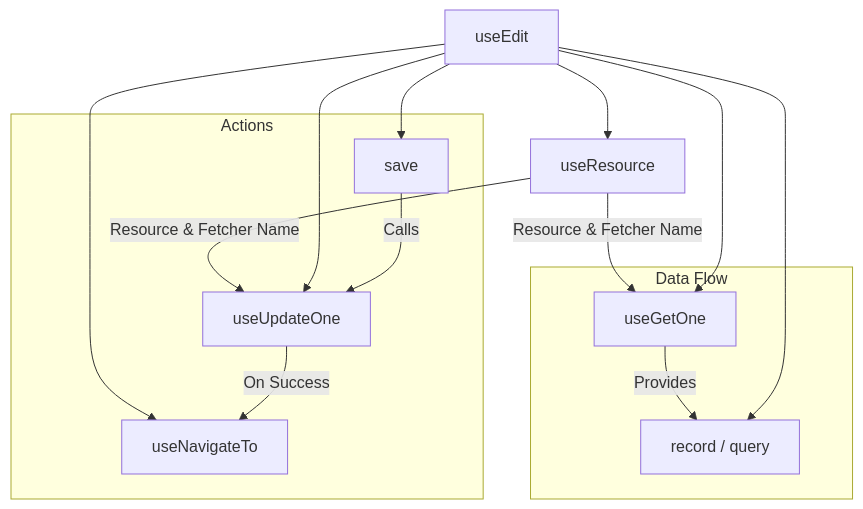
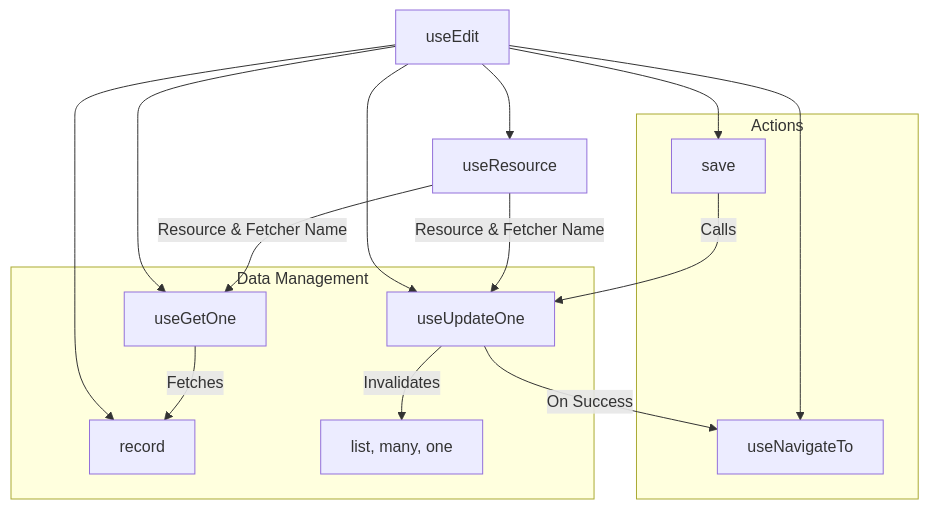
Before and after one commit to aa900031/ginjou: the second of 5 diagrams in docs/content/1.guides/2.form.md, drawn with Mermaid. The commit also changed other lines of this file and 173 other files, not shown here.

````diff
--- a/docs/content/1.guides/2.form.md
+++ b/docs/content/1.guides/2.form.md
@@ -105,21 +144,22 @@
 ```mermaid
 graph TD
     A[useEdit] --> B[useResource]
     B -- Resource & Fetcher Name --> C[useGetOne]
     B -- Resource & Fetcher Name --> D[useUpdateOne]
     A --> C
     A --> D
     A --> E[useNavigateTo]
 
-    subgraph Data Flow
-        C --> |Provides| F[record / query]
+    subgraph Data Management
+        C --> |Fetches| F[record]
+        D --> |Invalidates| G["list, many, one"]
     end
 
     subgraph Actions
-        G[save] --> |Calls| D
+        H[save] --> |Calls| D
         D --> |On Success| E
     end
 
     A --> F
-    A --> G
+    A --> H
 ```
````
